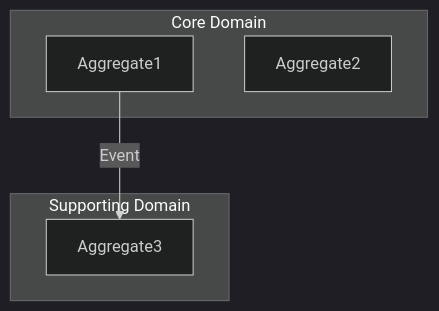
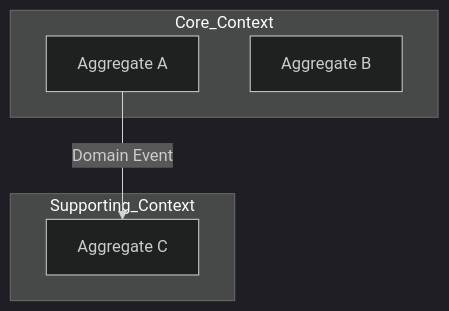
The third of 3 diagrams in ddd-conversation/session-template.md (roblevine/larj-model), drawn with Mermaid (dark theme) before and after one commit. The commit also changed other lines of this file and 2 other files, not shown here.

````diff
--- a/ddd-conversation/session-template.md
+++ b/ddd-conversation/session-template.md
@@ -76,11 +183,13 @@
 ```mermaid
-graph TB
-    subgraph "Core Domain"
-        A[Aggregate1]
-        B[Aggregate2]
-    end
-    subgraph "Supporting Domain"
-        C[Aggregate3]
-    end
-    A -->|Event| C
+flowchart TB
+  subgraph Core_Context
+    A[Aggregate A]
+    B[Aggregate B]
+  end
+
+  subgraph Supporting_Context
+    C[Aggregate C]
+  end
+
+  A -->|Domain Event| C
 ```
````
